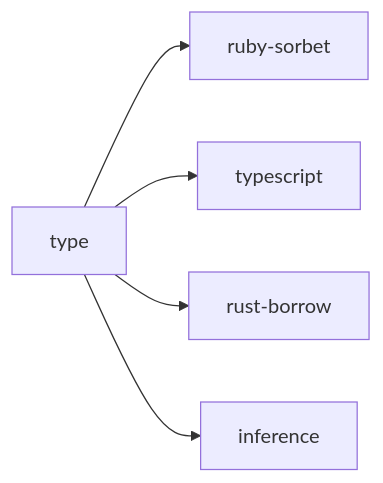
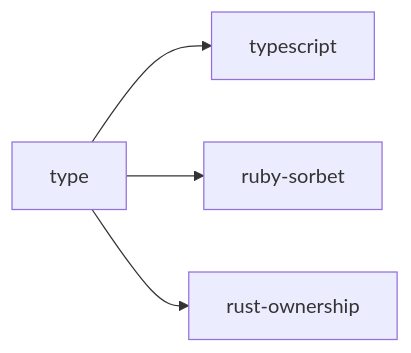
One commit to meaganewaller/weekly-reviews changed the fourth of 11 diagrams in friction-taxonomy.md. Above: the diagram before and after it, drawn with Mermaid. The commit also changed other lines of this file and 2 other files, not shown here.

```diff
--- a/friction-taxonomy.md
+++ b/friction-taxonomy.md
@@ -84,7 +100,6 @@
 {% mermaid %}
 flowchart LR
-    A[type] --> B[ruby-sorbet]
-    A --> C[typescript]
-    A --> D[rust-borrow]
-    A --> E[inference]
+    A[type] --> B[typescript]
+    A --> C[ruby-sorbet]
+    A --> D[rust-ownership]
 {% endmermaid %}
```
